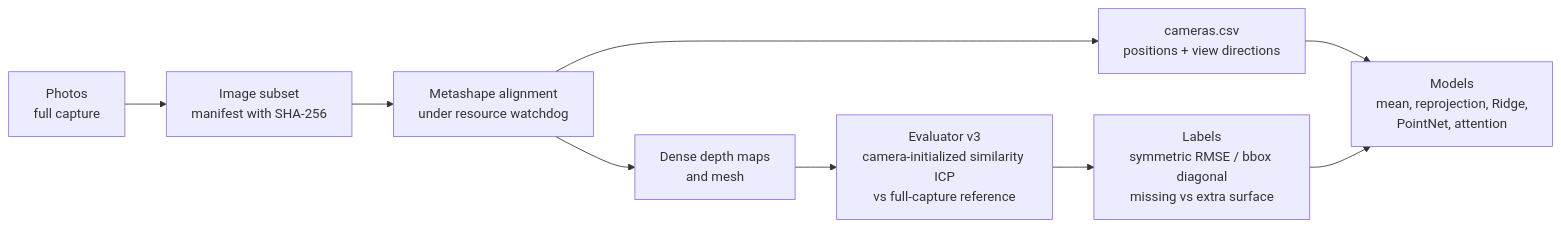
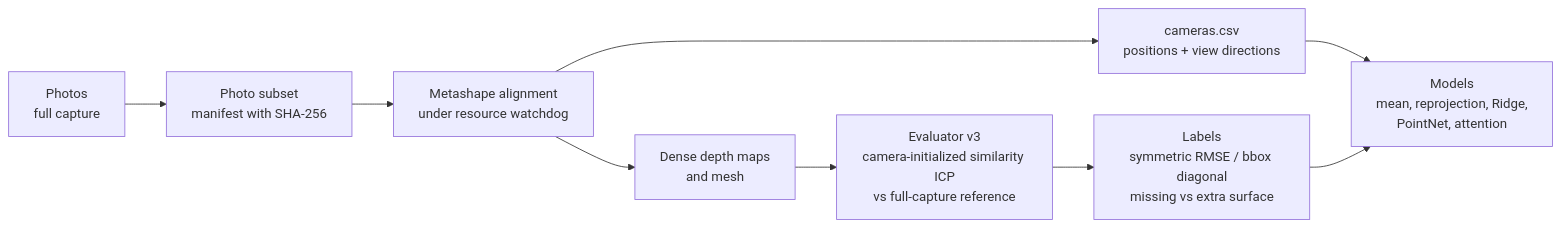
The diagram in README.md (tantancodes/reconstruction-quality), drawn with Mermaid before and after one commit. The commit also changed other lines of this file and 49 other files, not shown here.

````diff
--- a/README.md
+++ b/README.md
@@ -60,11 +32,11 @@
 ```mermaid
 flowchart LR
-    A[Photos<br/>full capture] --> B[Image subset<br/>manifest with SHA-256]
+    A[Photos<br/>full capture] --> B[Photo subset<br/>manifest with SHA-256]
     B --> C[Metashape alignment<br/>under resource watchdog]
     C --> D[cameras.csv<br/>positions + view directions]
     C --> E[Dense depth maps<br/>and mesh]
     E --> F[Evaluator v3<br/>camera-initialized similarity ICP<br/>vs full-capture reference]
     F --> G[Labels<br/>symmetric RMSE / bbox diagonal<br/>missing vs extra surface]
     D --> H[Models<br/>mean, reprojection, Ridge,<br/>PointNet, attention]
     G --> H
 ```
````
